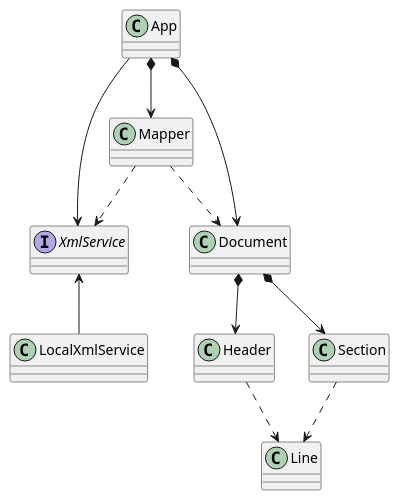
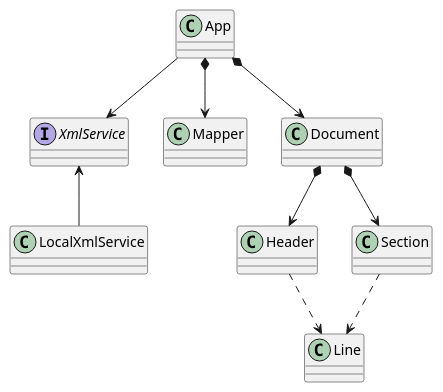
Before and after one commit to jumpering/xmlReaderApp: the diagram in src/domainModel.puml, drawn with PlantUML. The commit also changed 2 other files, not shown here.

Commit message:
refactor README and UML

```diff
--- a/src/domainModel.puml
+++ b/src/domainModel.puml
@@ -1,23 +1,20 @@
 @startuml
 class App
 interface XmlService
 class LocalXmlService
 class Mapper
 class Document
 class Header
 class Section
 class Line
 
 App --> XmlService
 XmlService <-- LocalXmlService
 App *--> Mapper
 App *--> Document
 Document *--> Header
 Document *--> Section
 
-Mapper ..> Document
-Mapper ..> XmlService
-
 Header ..> Line
 Section ..> Line
 @enduml
```
